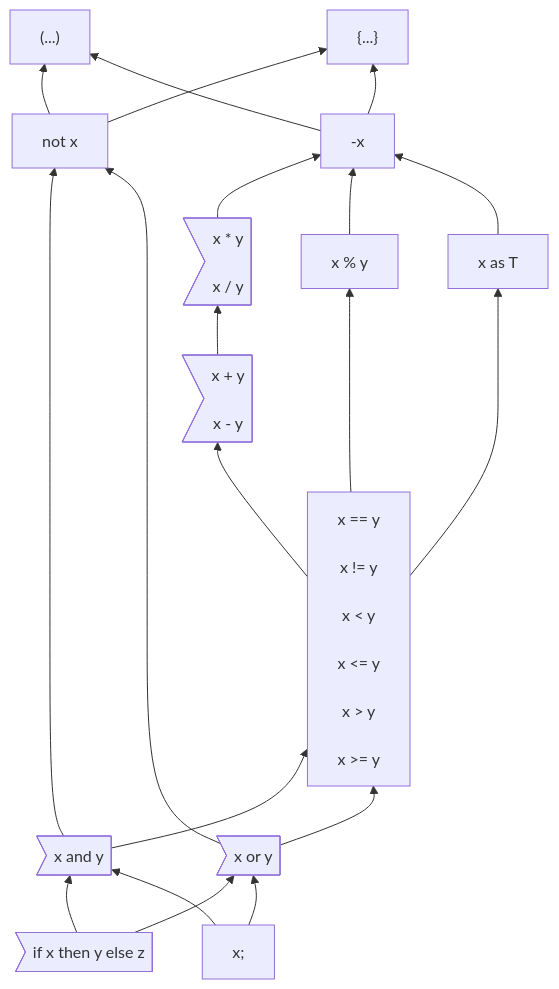
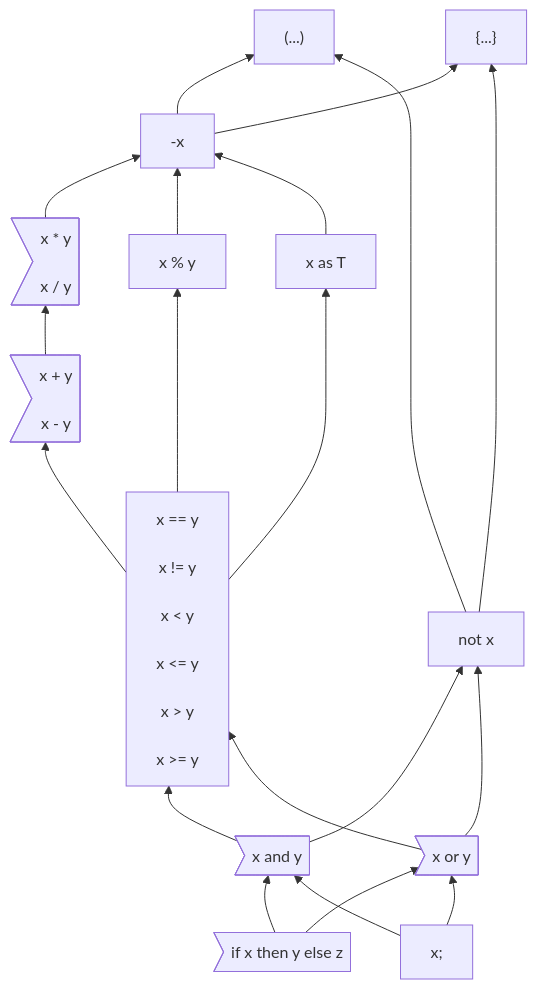
One commit to carbon-language/carbon-lang changed the first of 2 diagrams in docs/design/expressions/README.md. Above: the diagram before and after it, drawn with Mermaid.

Commit message:
Encourage `not` to sit closer to `and` and `or`.

````diff
--- a/docs/design/expressions/README.md
+++ b/docs/design/expressions/README.md
@@ -49,53 +49,54 @@
 ```mermaid
 %%{init: {'themeVariables': {'fontFamily': 'monospace'}}}%%
 graph BT
     parens["(...)"]
 
     braces["{...}"]
     click braces "https://github.com/carbon-language/carbon-lang/blob/trunk/docs/design/classes.md#literals"
 
     negation["-x"]
 
     as["x as T"]
     click as "https://github.com/carbon-language/carbon-lang/blob/trunk/docs/design/expressions/implicit_conversions.md"
 
     multiplication>"x * y<br>
                     x / y"]
     click multiplication "https://github.com/carbon-language/carbon-lang/blob/trunk/docs/design/expressions/arithmetic.md"
 
     addition>"x + y<br>
               x - y"]
     click addition "https://github.com/carbon-language/carbon-lang/blob/trunk/docs/design/expressions/arithmetic.md"
 
     modulo["x % y"]
     click modulo "https://github.com/carbon-language/carbon-lang/blob/trunk/docs/design/expressions/arithmetic.md"
 
     comparison["x == y<br>
                 x != y<br>
                 x < y<br>
                 x <= y<br>
                 x > y<br>
                 x >= y"]
     click comparison "https://github.com/carbon-language/carbon-lang/blob/trunk/docs/design/expressions/comparison_operators.md"
 
     not["not x"]
     click not "https://github.com/carbon-language/carbon-lang/blob/trunk/docs/design/expressions/logical_operators.md"
 
     and>"x and y"]
     click and "https://github.com/carbon-language/carbon-lang/blob/trunk/docs/design/expressions/logical_operators.md"
 
     or>"x or y"]
     click or "https://github.com/carbon-language/carbon-lang/blob/trunk/docs/design/expressions/logical_operators.md"
 
     if>"if x then y else z"]
     click if "https://github.com/carbon-language/carbon-lang/blob/trunk/docs/design/expressions/if.md"
 
     expressionEnd["x;"]
 
-    not & negation --> parens & braces
+    negation --> parens & braces
+    not -----> parens & braces
     multiplication & modulo & as --> negation
     addition --> multiplication
     comparison --> modulo & addition & as
     and & or --> comparison & not
     if & expressionEnd --> and & or
 ```
````
